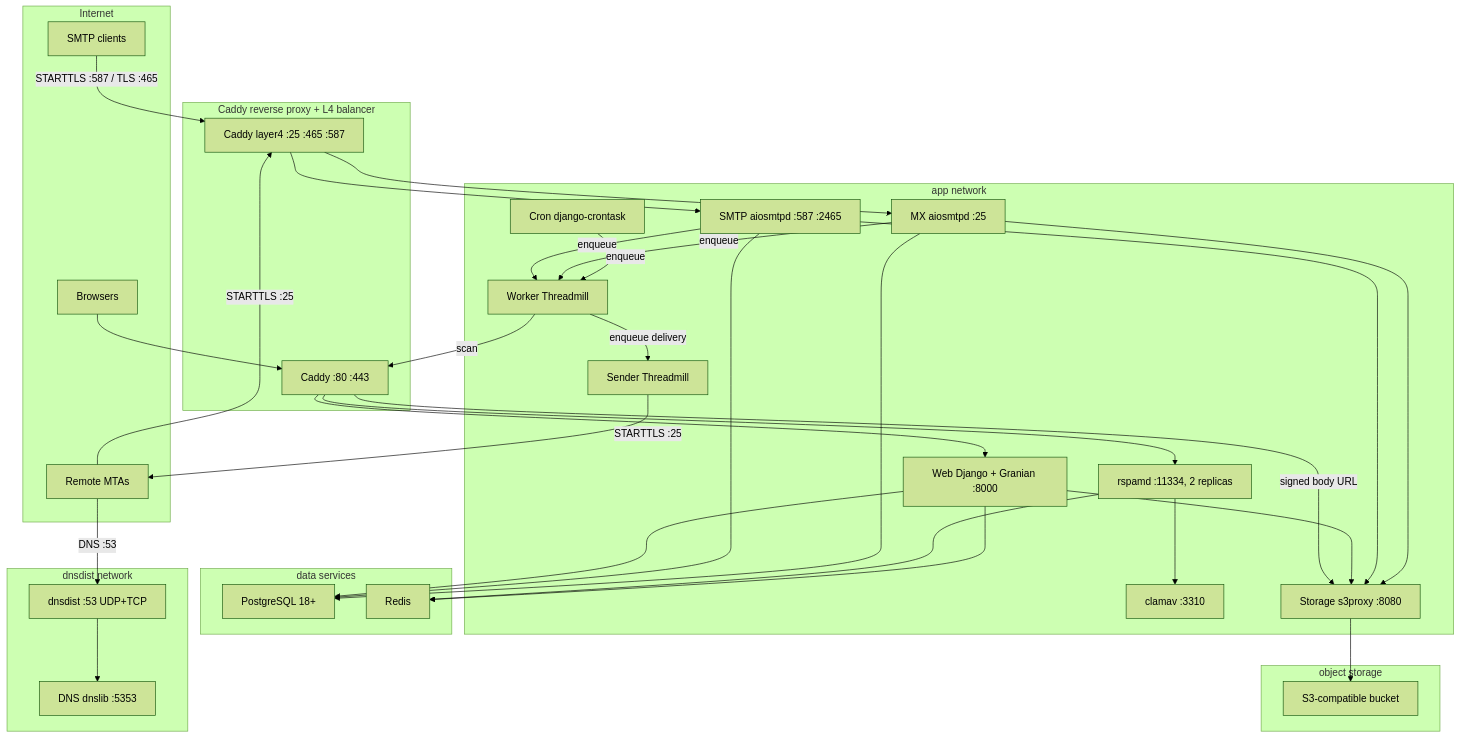
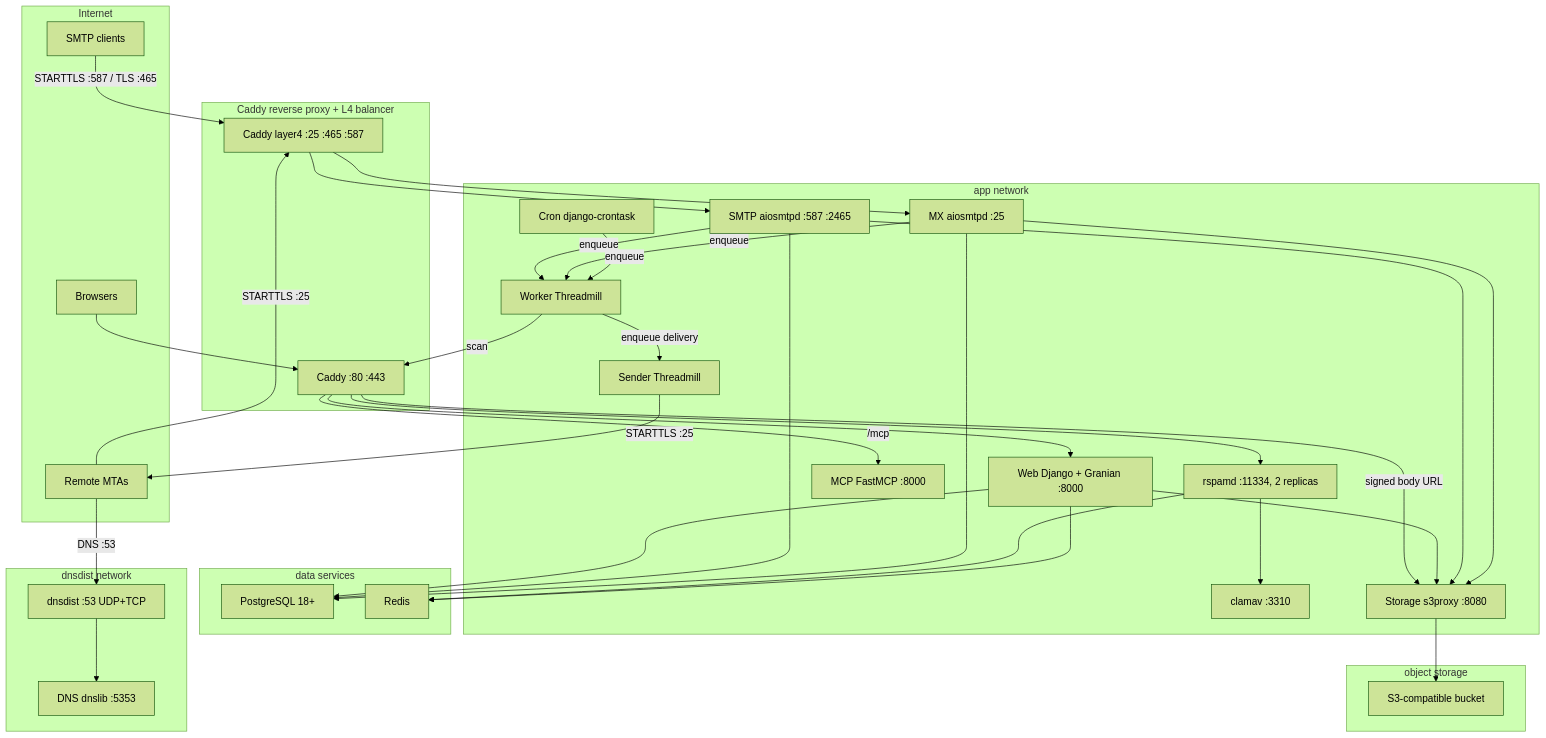
Before and after one commit to codingjoe/relay: the first of 2 diagrams in README.md, drawn with Mermaid (forest theme). The commit also changed other lines of this file and 34 other files, not shown here.

````diff
--- a/README.md
+++ b/README.md
@@ -109,66 +110,68 @@
 ```mermaid
 flowchart TD
     subgraph internet[Internet]
         client[SMTP clients]
         sender[Remote MTAs]
         browser[Browsers]
     end
 
     subgraph caddy[Caddy reverse proxy + L4 balancer]
         caddy_proxy[Caddy :80 :443]
         caddy_l4[Caddy layer4 :25 :465 :587]
     end
 
     subgraph app[app network]
         web[Web Django + Granian :8000]
+        mcp[MCP FastMCP :8000]
         msa[SMTP aiosmtpd :587 :2465]
         mta[MX aiosmtpd :25]
         worker[Worker Threadmill]
         mail_sender[Sender Threadmill]
         scheduler[Cron django-crontask]
         rspamd[rspamd :11334, 2 replicas]
         clamav[clamav :3310]
         s3proxy[Storage s3proxy :8080]
     end
 
     subgraph data[data services]
         pg[PostgreSQL 18+]
         redis[Redis]
     end
 
     subgraph storage[object storage]
         s3[S3-compatible bucket]
     end
 
     subgraph dns[dnsdist network]
         dnsdist[dnsdist :53 UDP+TCP]
         dns_ns[DNS dnslib :5353]
     end
 
     browser --> caddy_proxy
     caddy_proxy --> web
+    caddy_proxy -->|/mcp| mcp
     caddy_proxy -->|signed body URL| s3proxy
     client -->|STARTTLS :587 / TLS :465| caddy_l4
     sender -->|STARTTLS :25| caddy_l4
     caddy_l4 --> msa
     caddy_l4 --> mta
     msa -->|enqueue| worker
     mta -->|enqueue| worker
     worker -->|enqueue delivery| mail_sender
     scheduler -->|enqueue| worker
     mail_sender -->|STARTTLS :25| sender
     worker -->|scan| caddy_proxy
     caddy_proxy --> rspamd
     rspamd --> redis
     rspamd --> clamav
     web --> pg
     web --> redis
     web --> s3proxy
     msa --> pg
     msa --> s3proxy
     mta --> pg
     mta --> s3proxy
     s3proxy --> s3
     dnsdist --> dns_ns
     sender -->|DNS :53| dnsdist
 ```
````
